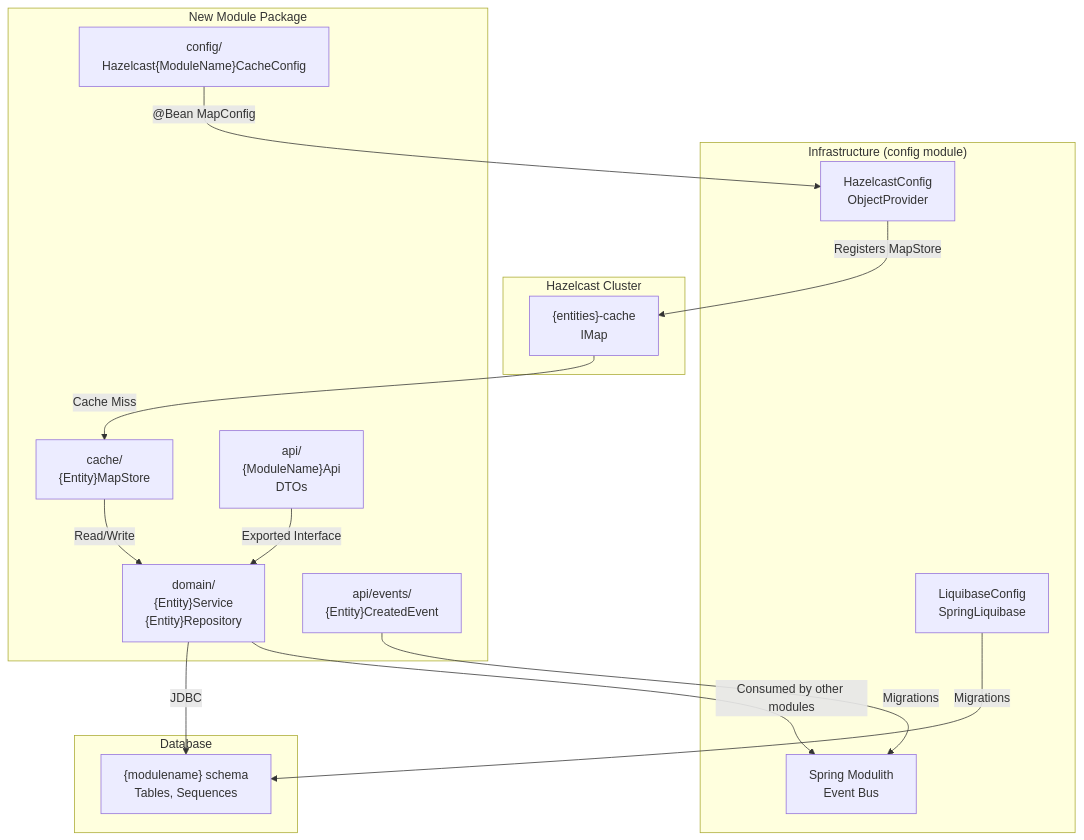
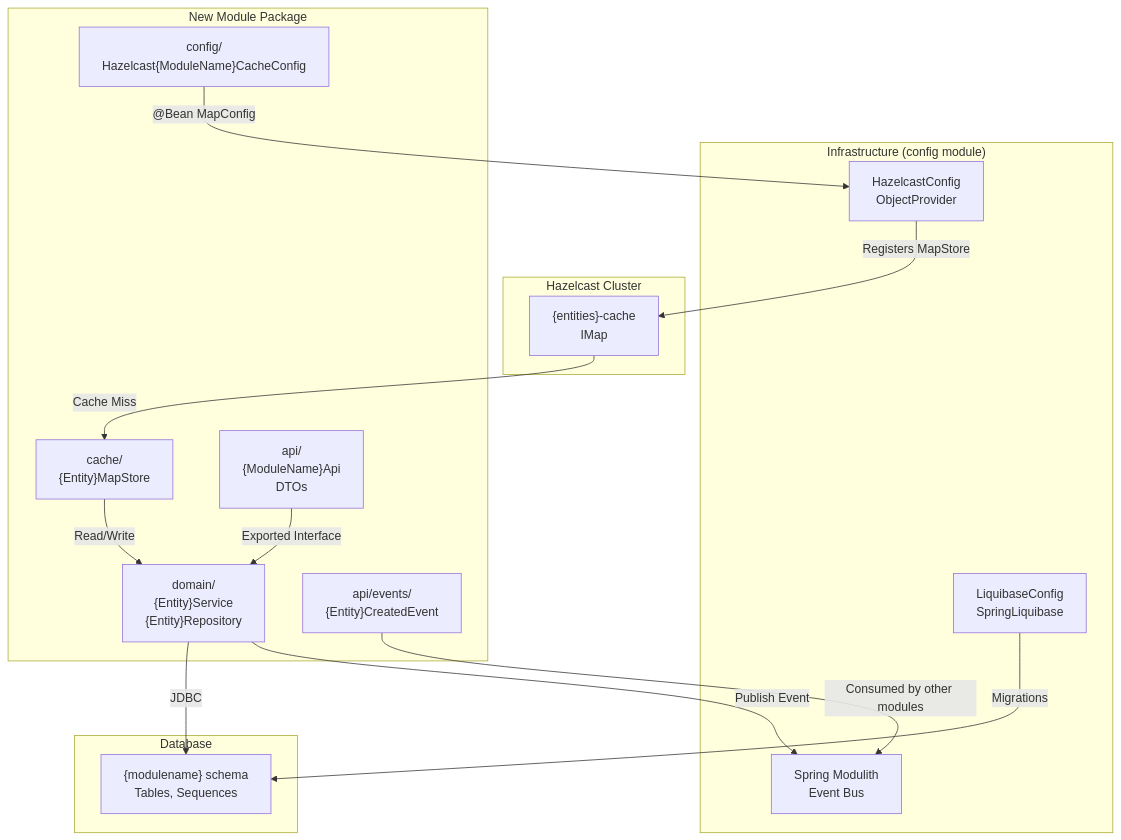
Before and after one commit to philipz/spring-modular-monolith: the second of 3 diagrams in docs/deepwiki/Adding-New-Modules.md, drawn with Mermaid. The commit also changed other lines of this file and 32 other files, not shown here.

````diff
--- a/docs/deepwiki/Adding-New-Modules.md
+++ b/docs/deepwiki/Adding-New-Modules.md
@@ -346,46 +346,46 @@
 ```mermaid
 flowchart TD
 
 Domain["domain/<br>{Entity}Service<br>{Entity}Repository"]
 Cache["cache/<br>{Entity}MapStore"]
 Config["config/<br>Hazelcast{ModuleName}CacheConfig"]
 API["api/<br>{ModuleName}Api<br>DTOs"]
 Events["api/events/<br>{Entity}CreatedEvent"]
 HazelcastConfig["HazelcastConfig<br>ObjectProvider<MapConfig>"]
 LiquibaseConfig["LiquibaseConfig<br>SpringLiquibase"]
 EventBus["Spring Modulith<br>Event Bus"]
 Schema["{modulename} schema<br>Tables, Sequences"]
 IMap["{entities}-cache<br>IMap<Long, {Entity}>"]
 
 Config -->|"@Bean MapConfig"| HazelcastConfig
 HazelcastConfig -->|"Registers MapStore"| IMap
 IMap -->|"Cache Miss"| Cache
 Domain -->|"JDBC"| Schema
 LiquibaseConfig -->|"Migrations"| Schema
-Domain -->|"Consumed by other modules"| EventBus
-Events -->|"Migrations"| EventBus
+Domain -->|"Publish Event"| EventBus
+Events -->|"Consumed by other modules"| EventBus
 
 subgraph subGraph3 ["Hazelcast Cluster"]
     IMap
 end
 
 subgraph Database ["Database"]
     Schema
 end
 
 subgraph subGraph1 ["Infrastructure (config module)"]
     HazelcastConfig
     LiquibaseConfig
     EventBus
 end
 
 subgraph subGraph0 ["New Module Package"]
     Domain
     Cache
     Config
     API
     Events
     Cache -->|"Read/Write"| Domain
     API -->|"Exported Interface"| Domain
 end
 ```
````
